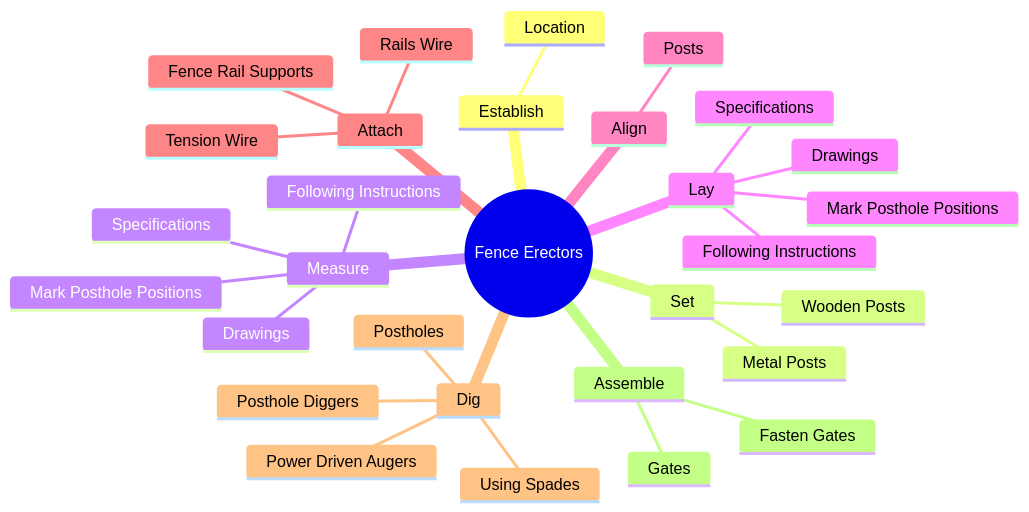
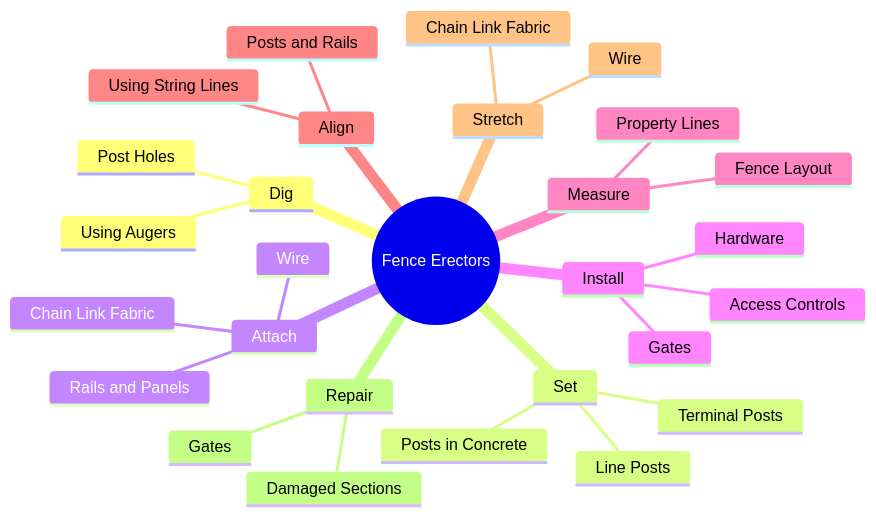
One commit to kziemski/business.org.ai changed the second of 4 diagrams in occupations/Construction/FenceErectors.mdx. Above: the diagram before and after it, drawn with Mermaid. The commit also changed other lines of this file and 938 other files, not shown here.

````diff
--- a/occupations/Construction/FenceErectors.mdx
+++ b/occupations/Construction/FenceErectors.mdx
@@ -37,33 +47,31 @@
 ```mermaid
 mindmap
     root(("Fence Erectors"))
-        Establish
-            Location
+        Dig
+            Post Holes
+            Using Augers
         Set
-            Metal Posts
-            Wooden Posts
+            Posts in Concrete
+            Terminal Posts
+            Line Posts
+        Attach
+            Rails and Panels
+            Chain Link Fabric
+            Wire
+        Install
+            Gates
+            Hardware
+            Access Controls
         Measure
-            Mark Posthole Positions
-            Following Instructions
-            Drawings
-            Specifications
-        Lay
-            Mark Posthole Positions
-            Following Instructions
-            Drawings
-            Specifications
+            Property Lines
+            Fence Layout
         Align
-            Posts
-        Attach
-            Rails Wire
-            Tension Wire
-            Fence Rail Supports
-        Dig
-            Postholes
-            Using Spades
-            Posthole Diggers
-            Power Driven Augers
-        Assemble
+            Posts and Rails
+            Using String Lines
+        Stretch
+            Chain Link Fabric
+            Wire
+        Repair
+            Damaged Sections
             Gates
-            Fasten Gates
 ```
````
